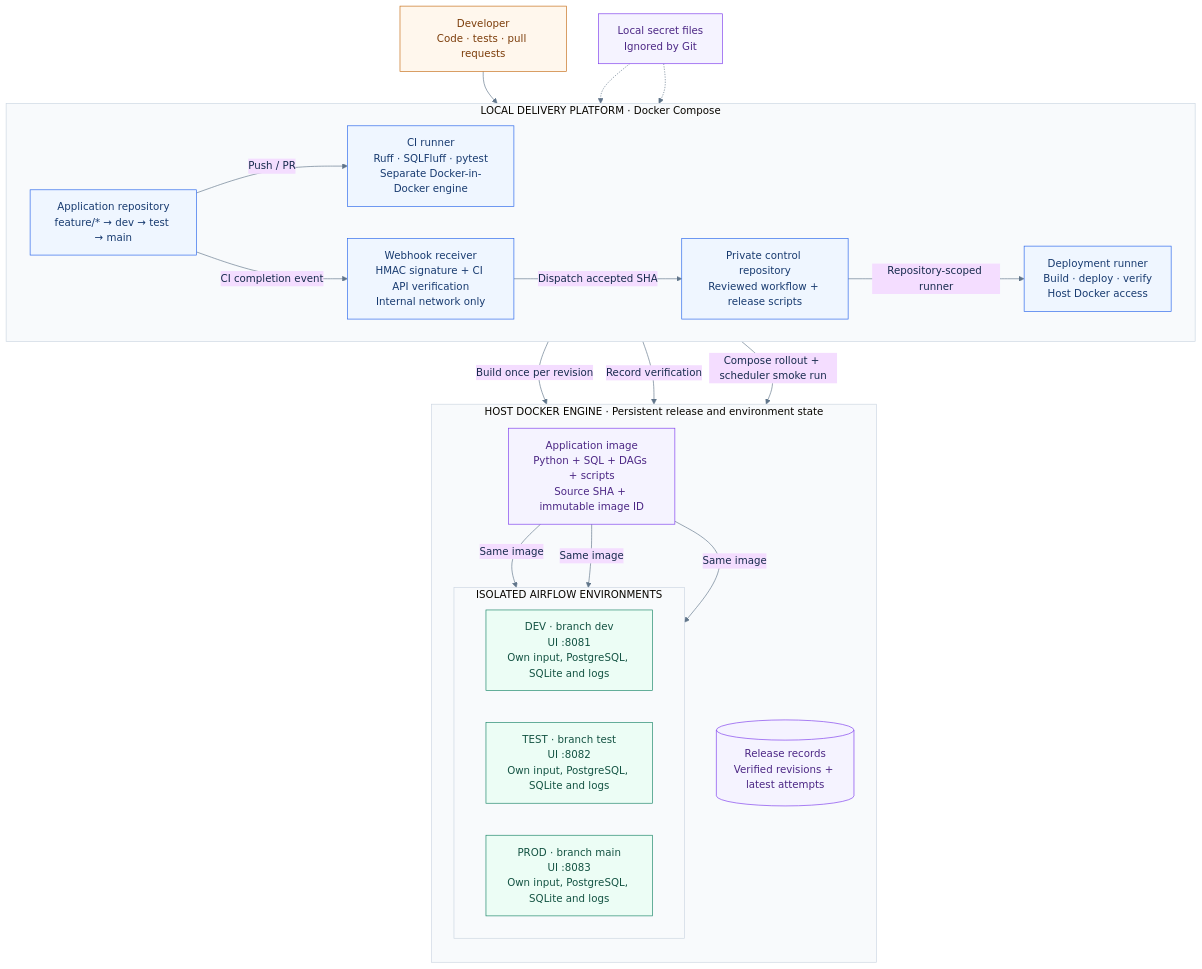
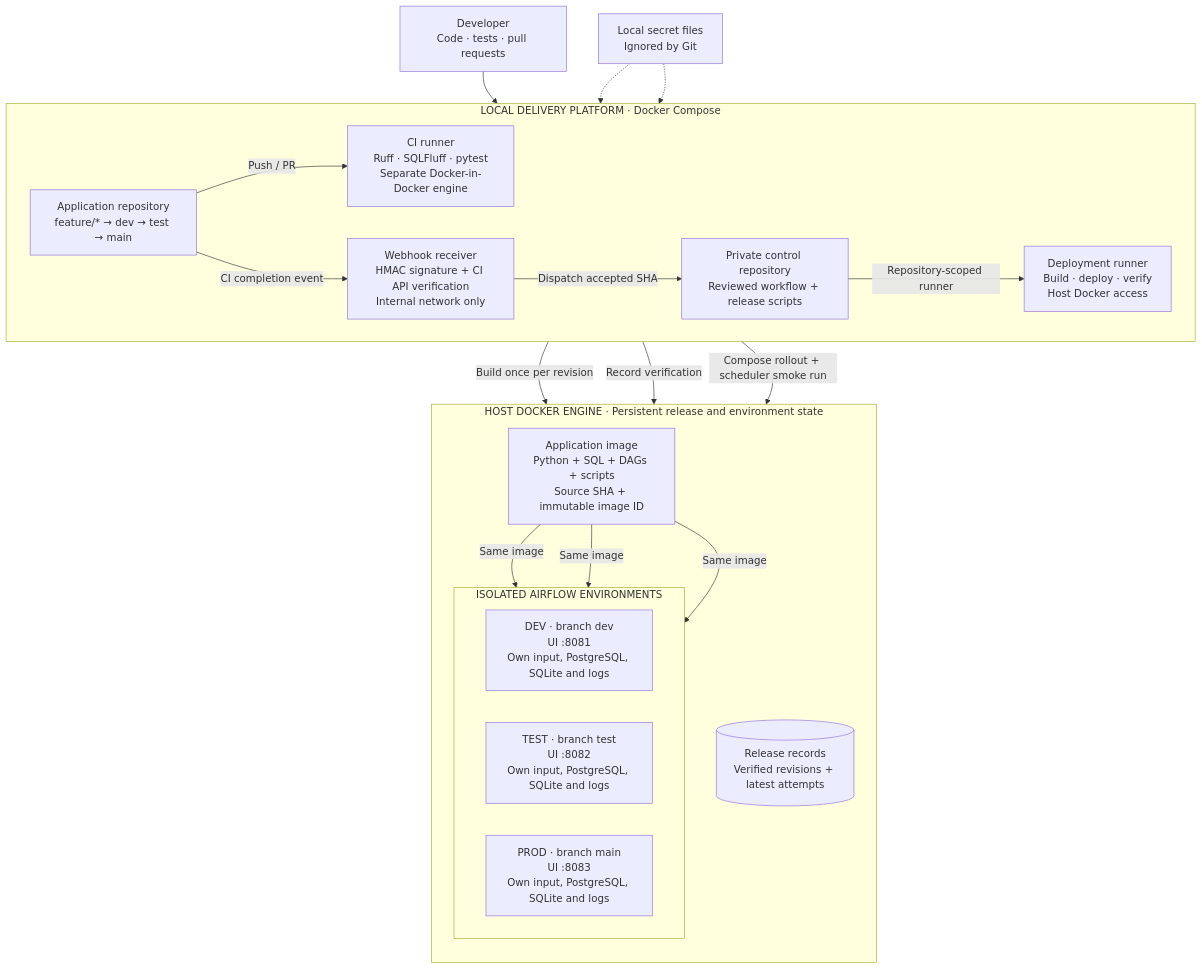
One commit to Amoladhav/airflow-best-practices changed the first of 2 diagrams in docs/architecture.md. Above: the diagram before and after it, drawn with Mermaid. The commit also changed other lines of this file and 13 other files, not shown here.

````diff
--- a/docs/architecture.md
+++ b/docs/architecture.md
@@ -9,49 +9,39 @@
 ```mermaid
-%%{init: {'theme': 'base', 'themeVariables': {'fontFamily': 'Inter, Arial, sans-serif', 'primaryTextColor': '#172B4D', 'lineColor': '#60758A', 'clusterBkg': '#F8FAFC', 'clusterBorder': '#CBD5E1'}, 'flowchart': {'curve': 'basis'}}}%%
 flowchart TB
     developer["Developer<br/>Code · tests · pull requests"]
 
     subgraph control["LOCAL DELIVERY PLATFORM · Docker Compose"]
         direction LR
         app["Application repository<br/>feature/* → dev → test → main"]
         ci["CI runner<br/>Ruff · SQLFluff · pytest<br/>Separate Docker-in-Docker engine"]
         hook["Webhook receiver<br/>HMAC signature + CI API verification<br/>Internal network only"]
         trusted["Private control repository<br/>Reviewed workflow + release scripts"]
         runner["Deployment runner<br/>Build · deploy · verify<br/>Host Docker access"]
         app -->|"Push / PR"| ci
         app -->|"CI completion event"| hook
         hook -->|"Dispatch accepted SHA"| trusted
         trusted -->|"Repository-scoped runner"| runner
     end
 
     subgraph host["HOST DOCKER ENGINE · Persistent release and environment state"]
         direction TB
         artifact["Application image<br/>Python + SQL + DAGs + scripts<br/>Source SHA + immutable image ID"]
         records[("Release records<br/>Verified revisions + latest attempts")]
         subgraph environments["ISOLATED AIRFLOW ENVIRONMENTS"]
             direction LR
             dev["DEV · branch dev<br/>UI :8081<br/>Own input, PostgreSQL, SQLite and logs"]
             test["TEST · branch test<br/>UI :8082<br/>Own input, PostgreSQL, SQLite and logs"]
             prod["PROD · branch main<br/>UI :8083<br/>Own input, PostgreSQL, SQLite and logs"]
         end
         artifact -->|"Same image"| dev
         artifact -->|"Same image"| test
         artifact -->|"Same image"| prod
     end
 
     developer --> app
     runner -->|"Build once per revision"| artifact
     runner -->|"Record verification"| records
     runner -->|"Compose rollout + scheduler smoke run"| environments
     secrets["Local secret files<br/>Ignored by Git"] -.-> hook
     secrets -.-> runner
-
-    classDef human fill:#FFF7ED,stroke:#C56A13,color:#7C3D0A;
-    classDef automation fill:#EFF6FF,stroke:#2563EB,color:#183B70;
-    classDef runtime fill:#ECFDF5,stroke:#168365,color:#145343;
-    classDef storage fill:#F5F3FF,stroke:#7C3AED,color:#4C2785;
-    class developer human;
-    class app,ci,hook,trusted,runner automation;
-    class dev,test,prod runtime;
-    class artifact,records,secrets storage;
 ```
````
